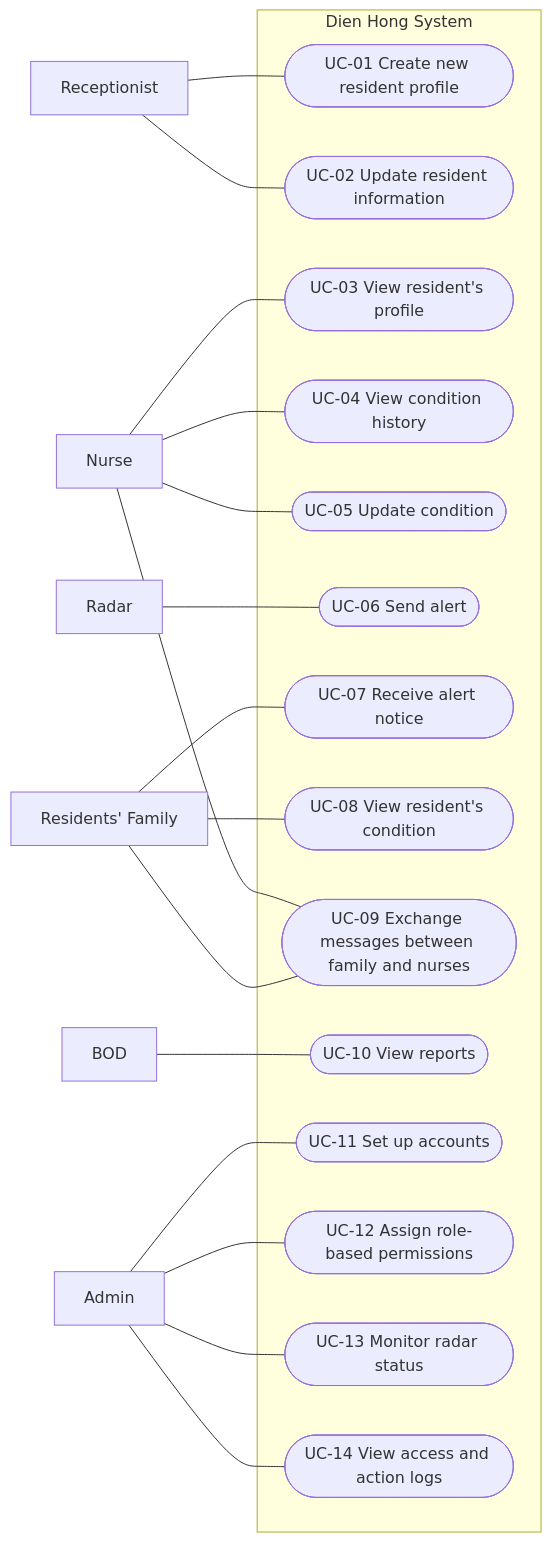
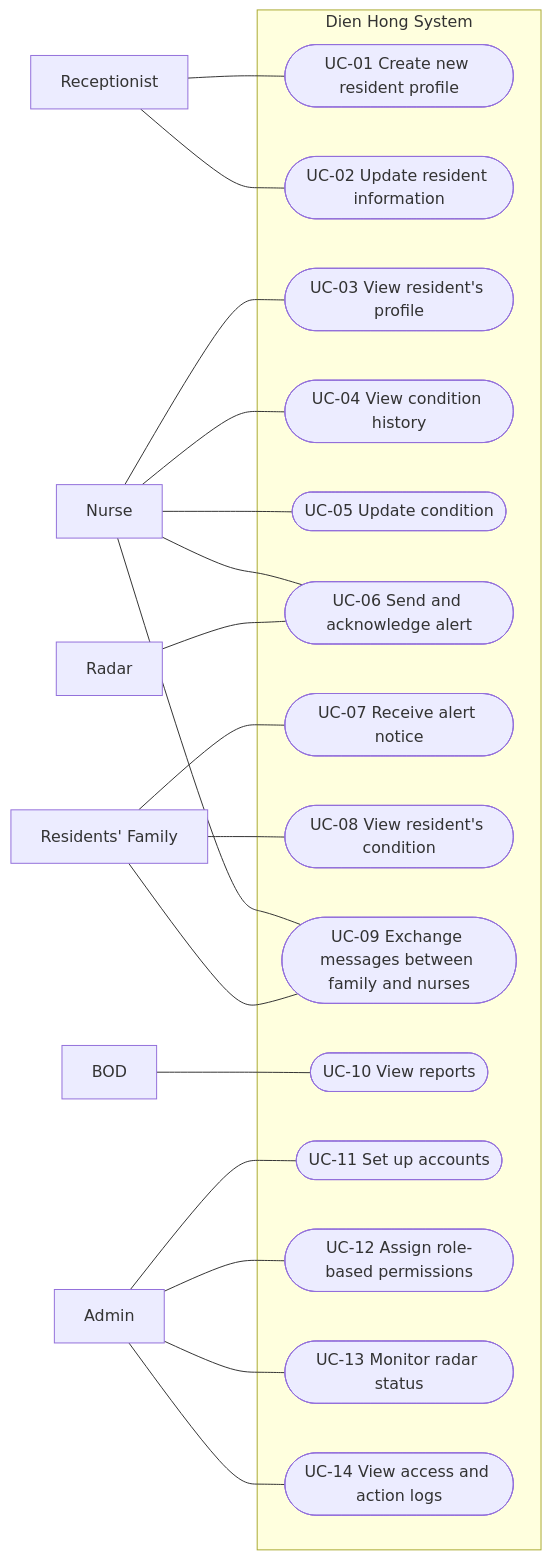
The diagram in docs/use-case/use-case-diagram.md (hatrang191/groupE-nursinghome), drawn with Mermaid before and after one commit. The commit also changed other lines of this file, not shown here.

First line of the commit message:
Revise use case diagram for version v2

````diff
--- a/docs/use-case/use-case-diagram.md
+++ b/docs/use-case/use-case-diagram.md
@@ -14,40 +14,41 @@
 ```mermaid
 flowchart LR
   REC["Receptionist"]
   NUR["Nurse"]
   FAM["Residents' Family"]
   BOD["BOD"]
   ADM["Admin"]
   RAD["Radar"]
   subgraph DH["Dien Hong System"]
     UC01(["UC-01 Create new resident profile"])
     UC02(["UC-02 Update resident information"])
     UC03(["UC-03 View resident's profile"])
     UC04(["UC-04 View condition history"])
     UC05(["UC-05 Update condition"])
-    UC06(["UC-06 Send alert"])
+    UC06(["UC-06 Send and acknowledge alert"])
     UC07(["UC-07 Receive alert notice"])
     UC08(["UC-08 View resident's condition"])
     UC09(["UC-09 Exchange messages between family and nurses"])
     UC10(["UC-10 View reports"])
     UC11(["UC-11 Set up accounts"])
     UC12(["UC-12 Assign role-based permissions"])
     UC13(["UC-13 Monitor radar status"])
     UC14(["UC-14 View access and action logs"])
   end
   REC --- UC01
   REC --- UC02
   NUR --- UC03
   NUR --- UC04
   NUR --- UC05
+  NUR --- UC06
   NUR --- UC09
   RAD --- UC06
   FAM --- UC07
   FAM --- UC08
   FAM --- UC09
   BOD --- UC10
   ADM --- UC11
   ADM --- UC12
   ADM --- UC13
   ADM --- UC14
 ```
````
